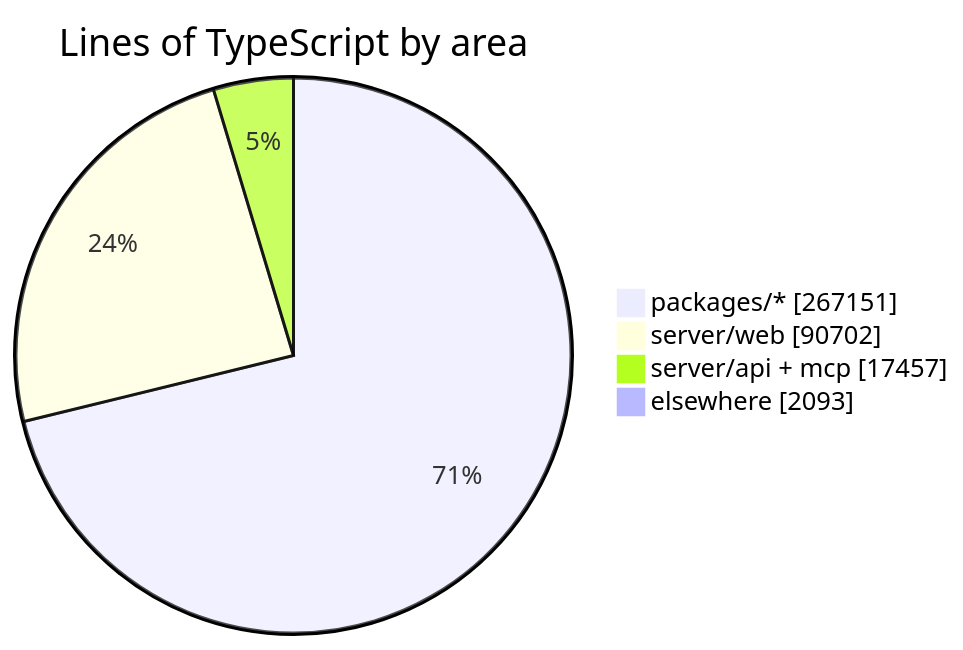
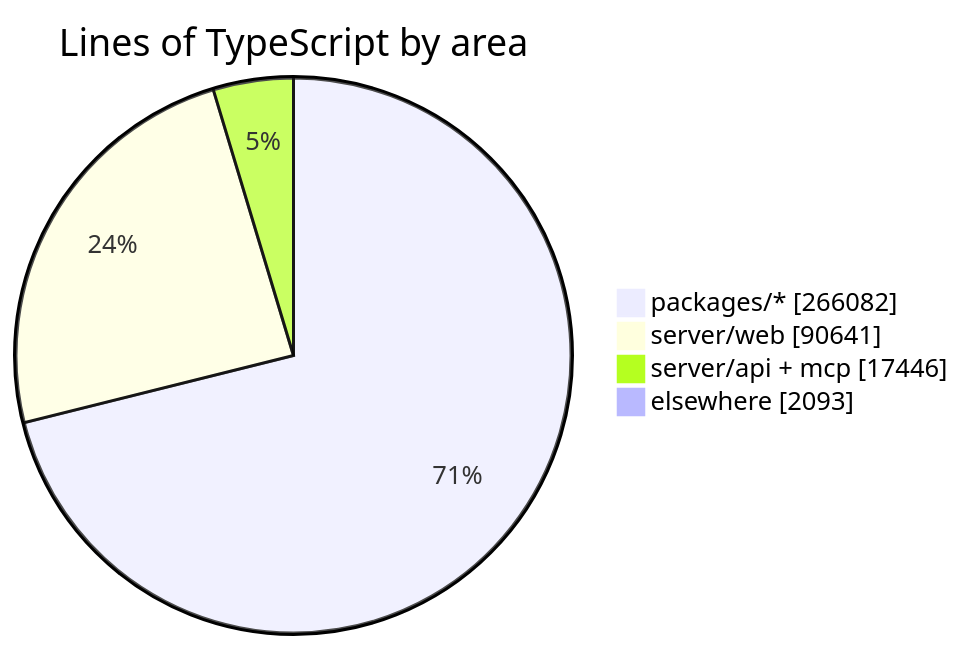
The diagram in README.md (crossworks-engineering/mantle), drawn with Mermaid before and after one commit. The commit also changed other lines of this file and 2 other files, not shown here.

````diff
--- a/README.md
+++ b/README.md
@@ -287,7 +287,7 @@
 ```mermaid
 pie showData title Lines of TypeScript by area
-    "packages/*" : 267151
-    "server/web" : 90702
-    "server/api + mcp" : 17457
+    "packages/*" : 266082
+    "server/web" : 90641
+    "server/api + mcp" : 17446
     "elsewhere" : 2093
 ```
````
